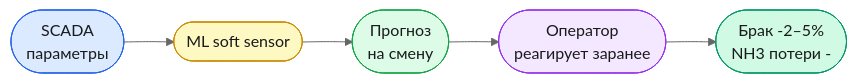
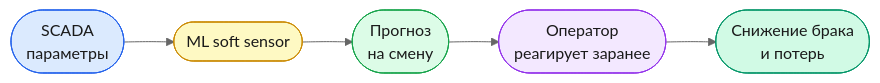
The first of 3 diagrams in README.md (Misha-42/soda-ml-carbonation-control), drawn with Mermaid (neutral theme) before and after one commit. The commit also changed other lines of this file, not shown here.

`````diff
--- a/README.md
+++ b/README.md
@@ -54,13 +55,13 @@
 ```mermaid
 flowchart LR
     A([SCADA\nпараметры]) --> B([ML soft sensor])
     B --> C([Прогноз\nна смену])
     C --> D([Оператор\nреагирует заранее])
-    D --> E([Брак -2–5%\nNH3 потери -])
+    D --> E([Снижение брака\nи потерь])
 
     style A fill:#dbeafe,stroke:#2563eb,color:#1a1a1a
     style B fill:#fef9c3,stroke:#ca8a04,color:#1a1a1a
     style C fill:#dcfce7,stroke:#16a34a,color:#1a1a1a
     style D fill:#f3e8ff,stroke:#9333ea,color:#1a1a1a
     style E fill:#d1fae5,stroke:#059669,color:#1a1a1a
-```
+````
`````
